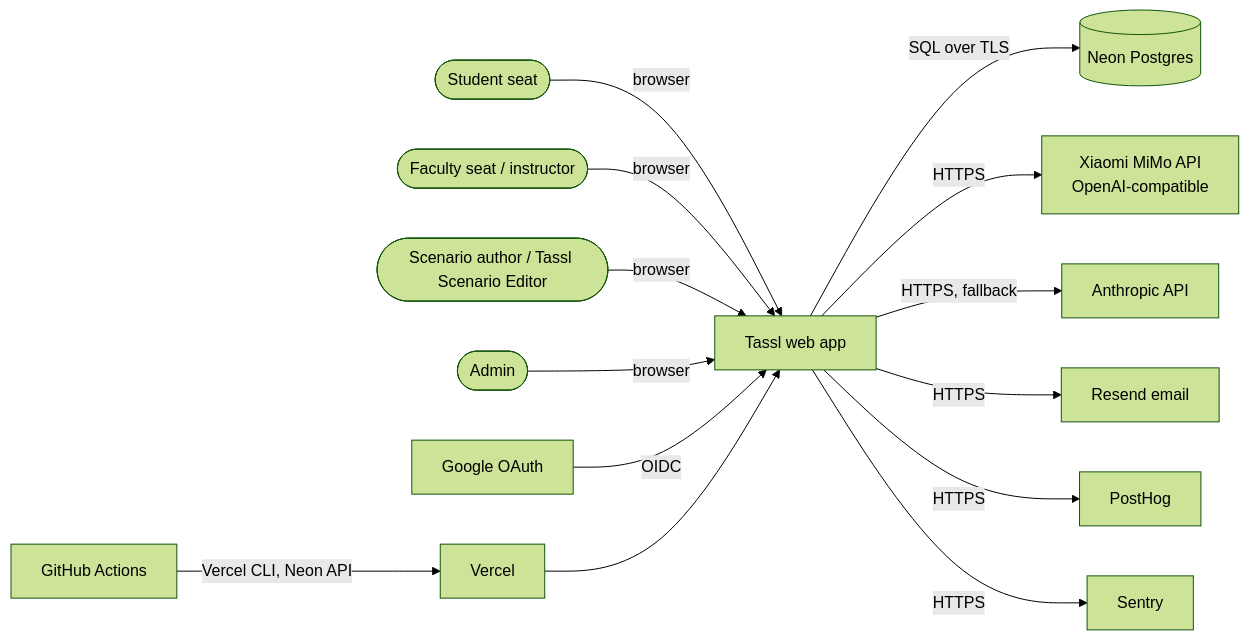
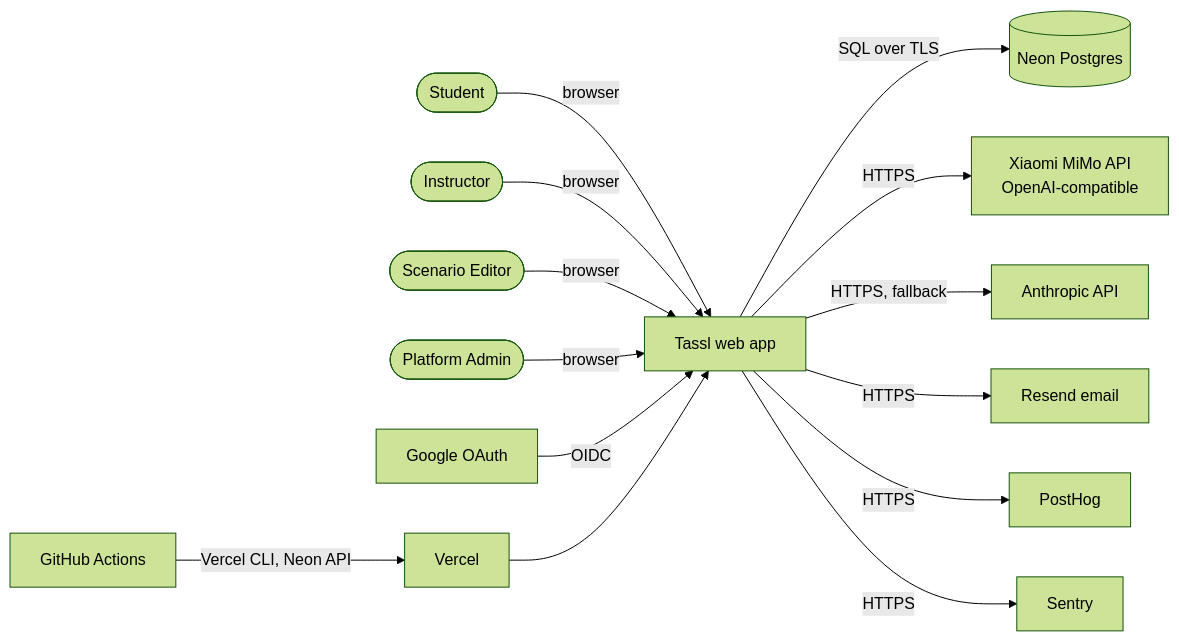
The first of 6 diagrams in docs/tech/02-architecture.md (yusufozdemirarslan/tassl), drawn with Mermaid (forest theme) before and after one commit. The commit also changed other lines of this file and 552 other files, not shown here.

````diff
--- a/docs/tech/02-architecture.md
+++ b/docs/tech/02-architecture.md
@@ -9,16 +9,16 @@
 ```mermaid
 flowchart LR
-  student([Student seat]) -->|browser| tassl[Tassl web app]
-  faculty([Faculty seat / instructor]) -->|browser| tassl
-  author([Scenario author / Tassl Scenario Editor]) -->|browser| tassl
-  admin([Admin]) -->|browser| tassl
+  student([Student]) -->|browser| tassl[Tassl web app]
+  faculty([Instructor]) -->|browser| tassl
+  author([Scenario Editor]) -->|browser| tassl
+  admin([Platform Admin]) -->|browser| tassl
   tassl -->|SQL over TLS| neon[(Neon Postgres)]
   tassl -->|HTTPS| mimo[Xiaomi MiMo API<br/>OpenAI-compatible]
   tassl -->|HTTPS, fallback| anthropic[Anthropic API]
   tassl -->|HTTPS| resend[Resend email]
   tassl -->|HTTPS| posthog[PostHog]
   tassl -->|HTTPS| sentry[Sentry]
   google[Google OAuth] -->|OIDC| tassl
   gha[GitHub Actions] -->|Vercel CLI, Neon API| vercel[Vercel]
   vercel --> tassl
 ```
````
